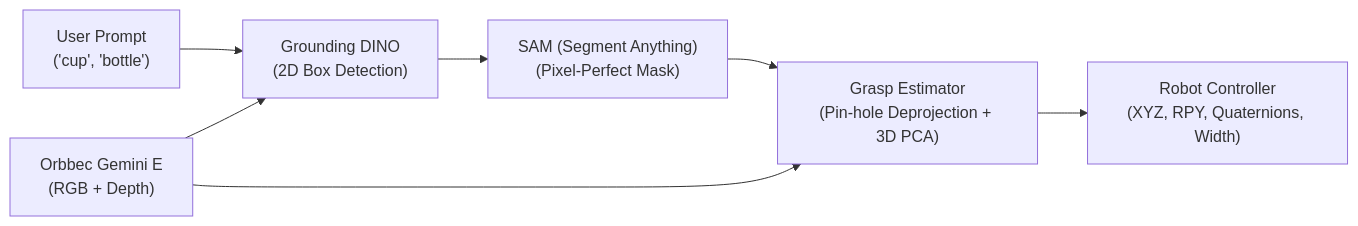
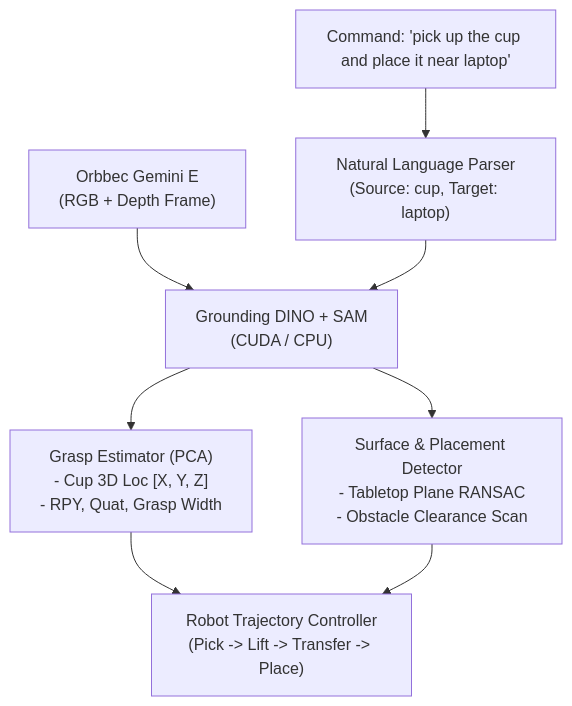
Before and after one commit to Omshinde01/SEGBASED_VISION: the first of 2 diagrams in PIPELINE_EXPLANATION.md, drawn with Mermaid. The commit also changed other lines of this file and 21 other files, not shown here.

First line of the commit message:
Enhance Perception Visualizer and Testing Suite for Pick-and-Place Pipeline

````diff
--- a/PIPELINE_EXPLANATION.md
+++ b/PIPELINE_EXPLANATION.md
@@ -21,9 +20,10 @@
 ```mermaid
-flowchart LR
-    A["User Prompt\n('cup', 'bottle')"] --> D["Grounding DINO\n(2D Box Detection)"]
-    Cam["Orbbec Gemini E\n(RGB + Depth)"] --> D
-    D --> S["SAM (Segment Anything)\n(Pixel-Perfect Mask)"]
-    Cam --> G["Grasp Estimator\n(Pin-hole Deprojection + 3D PCA)"]
-    S --> G
-    G --> R["Robot Controller\n(XYZ, RPY, Quaternions, Width)"]
+flowchart TD
+    Prompt["Command: 'pick up the cup and place it near laptop'"] --> Parser["Natural Language Parser\n(Source: cup, Target: laptop)"]
+    Cam["Orbbec Gemini E\n(RGB + Depth Frame)"] --> Models
+    Parser --> Models["Grounding DINO + SAM\n(CUDA / CPU)"]
+    Models --> Grasp["Grasp Estimator (PCA)\n- Cup 3D Loc [X, Y, Z]\n- RPY, Quat, Grasp Width"]
+    Models --> Surface["Surface & Placement Detector\n- Tabletop Plane RANSAC\n- Obstacle Clearance Scan"]
+    Grasp --> Planner["Robot Trajectory Controller\n(Pick -> Lift -> Transfer -> Place)"]
+    Surface --> Planner
 ```
````
